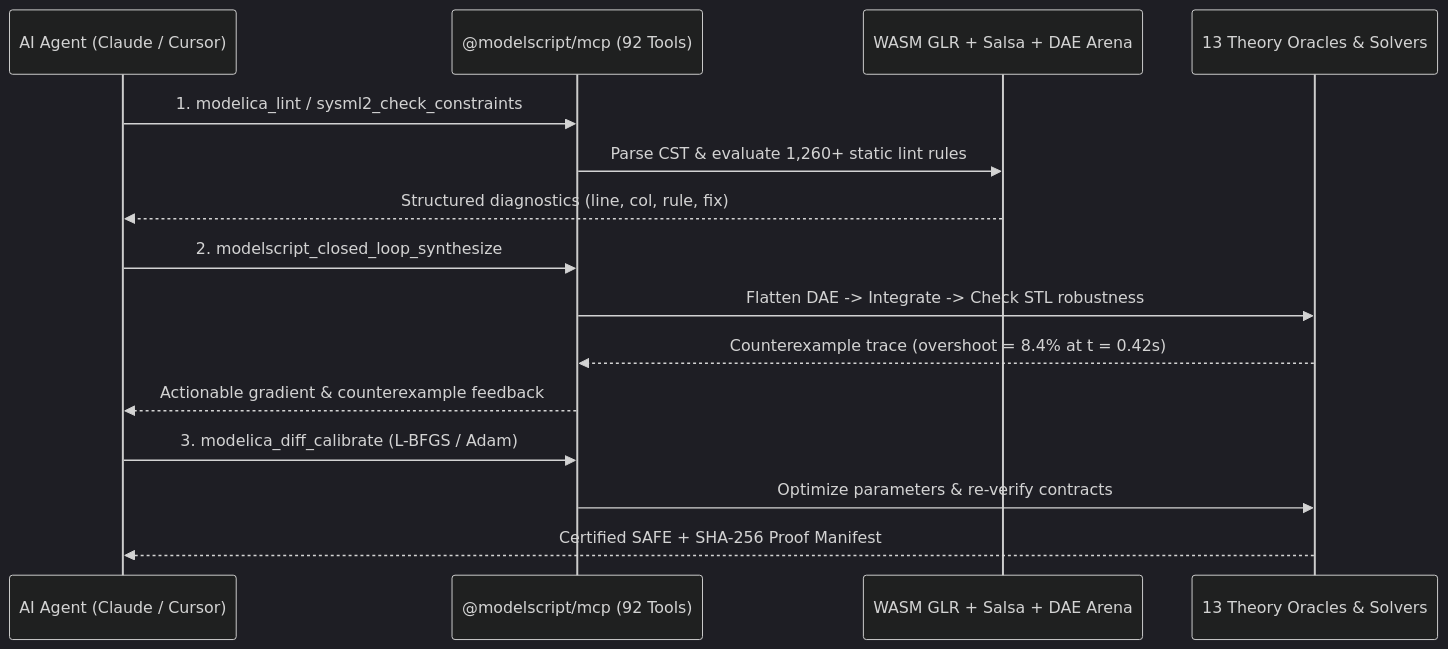
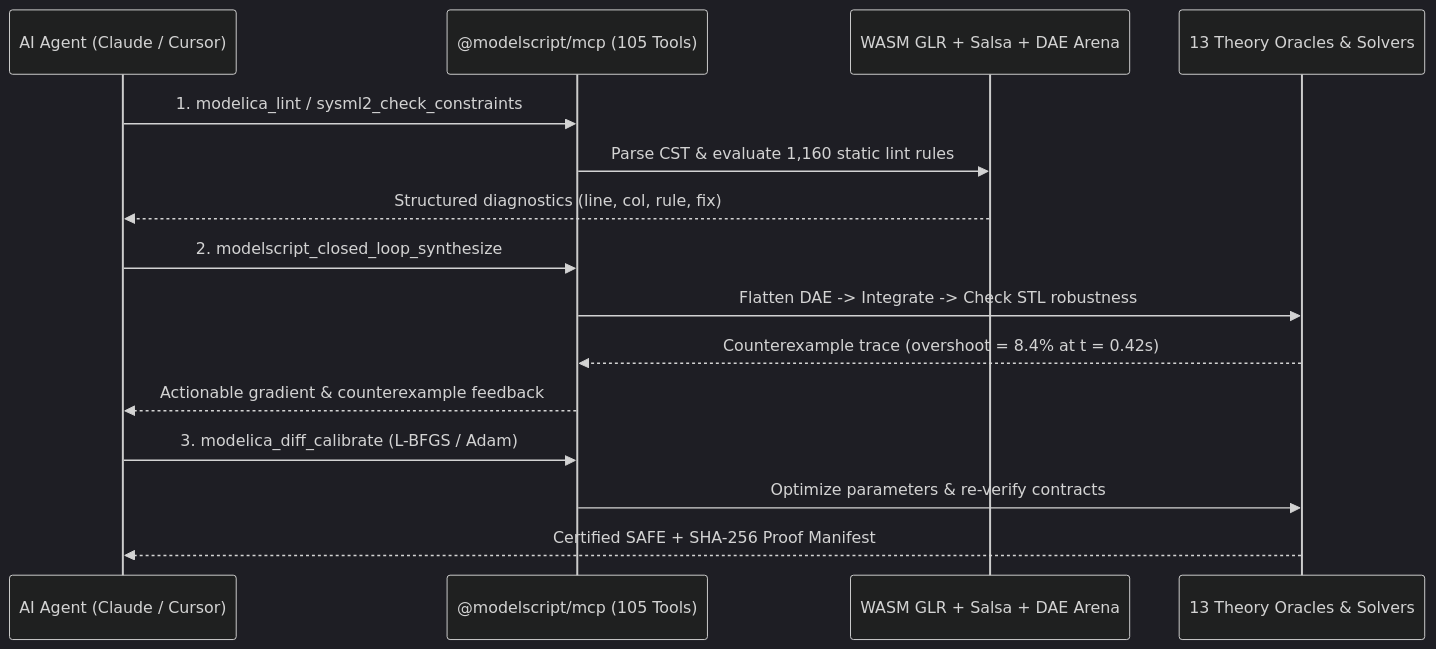
The diagram in apps/docs/docs/guide/ai-agents.md (modelscript/modelscript), drawn with Mermaid (dark theme) before and after one commit. The commit also changed other lines of this file and 201 other files, not shown here.

````diff
--- a/apps/docs/docs/guide/ai-agents.md
+++ b/apps/docs/docs/guide/ai-agents.md
@@ -93,18 +93,18 @@
 ```mermaid
 sequenceDiagram
     participant Agent as AI Agent (Claude / Cursor)
-    participant MCP as @modelscript/mcp (92 Tools)
+    participant MCP as @modelscript/mcp (105 Tools)
     participant Core as WASM GLR + Salsa + DAE Arena
     participant Verify as 13 Theory Oracles & Solvers
 
     Agent->>MCP: 1. modelica_lint / sysml2_check_constraints
-    MCP->>Core: Parse CST & evaluate 1,260+ static lint rules
+    MCP->>Core: Parse CST & evaluate 1,160 static lint rules
     Core-->>Agent: Structured diagnostics (line, col, rule, fix)
     Agent->>MCP: 2. modelscript_closed_loop_synthesize
     MCP->>Verify: Flatten DAE -> Integrate -> Check STL robustness
     Verify-->>MCP: Counterexample trace (overshoot = 8.4% at t = 0.42s)
     MCP-->>Agent: Actionable gradient & counterexample feedback
     Agent->>MCP: 3. modelica_diff_calibrate (L-BFGS / Adam)
     MCP->>Verify: Optimize parameters & re-verify contracts
     Verify-->>Agent: Certified SAFE + SHA-256 Proof Manifest
 ```
````
